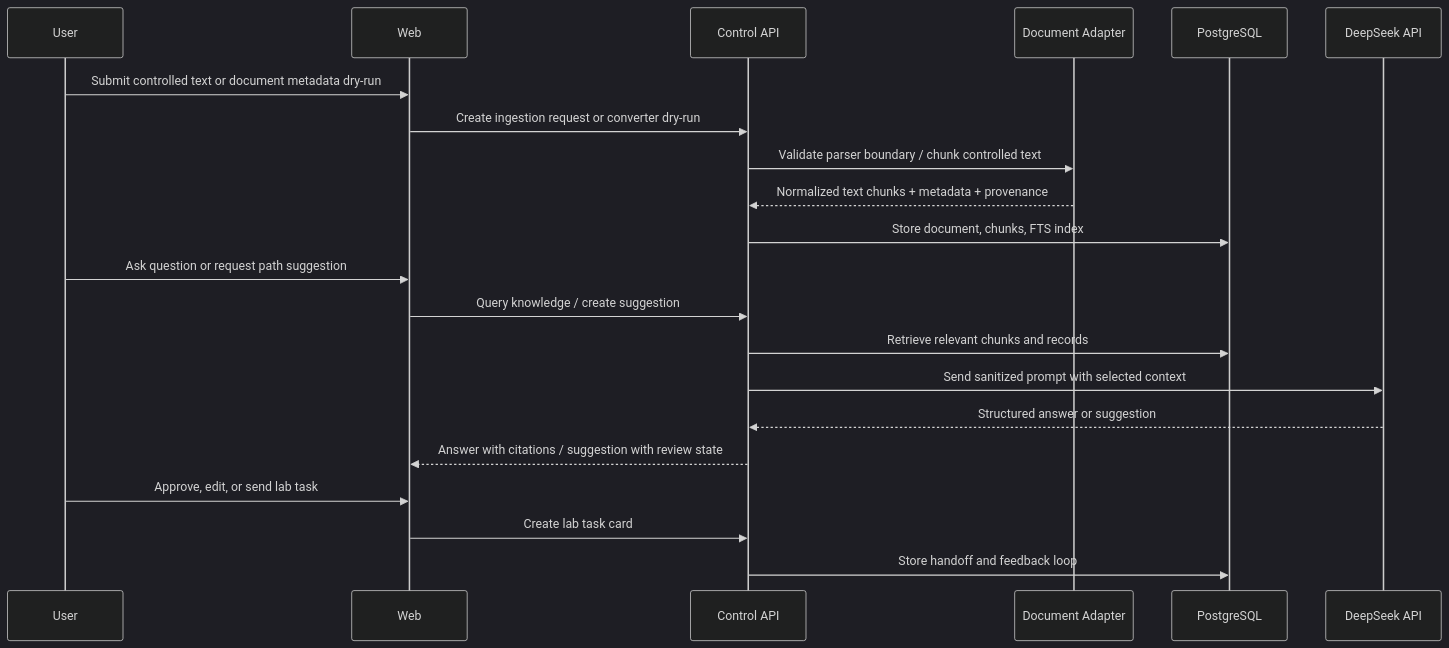
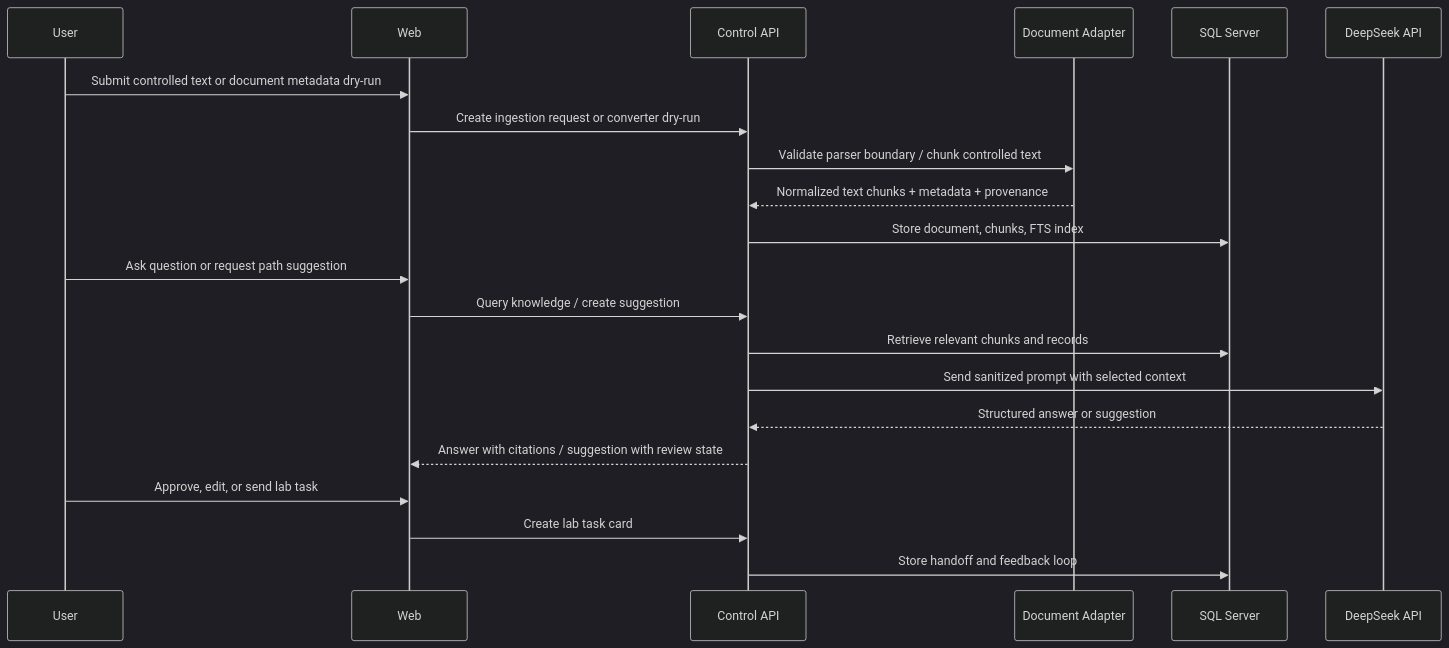
The second of 2 diagrams in docs/architecture.md (White-147/SyLabAI), drawn with Mermaid (dark theme) before and after one commit. The commit also changed other lines of this file and 25 other files, not shown here.

Commit message:
chore: 数据库迁移收尾——移除 PostgreSQL 基础设施，文档与 README 统一为 SQL Server 口径

````diff
--- a/docs/architecture.md
+++ b/docs/architecture.md
@@ -105,24 +105,24 @@
 ```mermaid
 sequenceDiagram
     participant U as User
     participant W as Web
     participant A as Control API
     participant D as Document Adapter
-    participant DB as PostgreSQL
+    participant DB as SQL Server
     participant M as DeepSeek API
 
     U->>W: Submit controlled text or document metadata dry-run
     W->>A: Create ingestion request or converter dry-run
     A->>D: Validate parser boundary / chunk controlled text
     D-->>A: Normalized text chunks + metadata + provenance
     A->>DB: Store document, chunks, FTS index
     U->>W: Ask question or request path suggestion
     W->>A: Query knowledge / create suggestion
     A->>DB: Retrieve relevant chunks and records
     A->>M: Send sanitized prompt with selected context
     M-->>A: Structured answer or suggestion
     A-->>W: Answer with citations / suggestion with review state
     U->>W: Approve, edit, or send lab task
     W->>A: Create lab task card
     A->>DB: Store handoff and feedback loop
 ```
````
